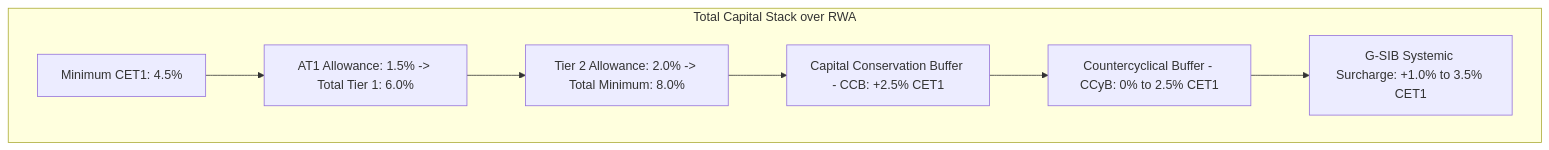
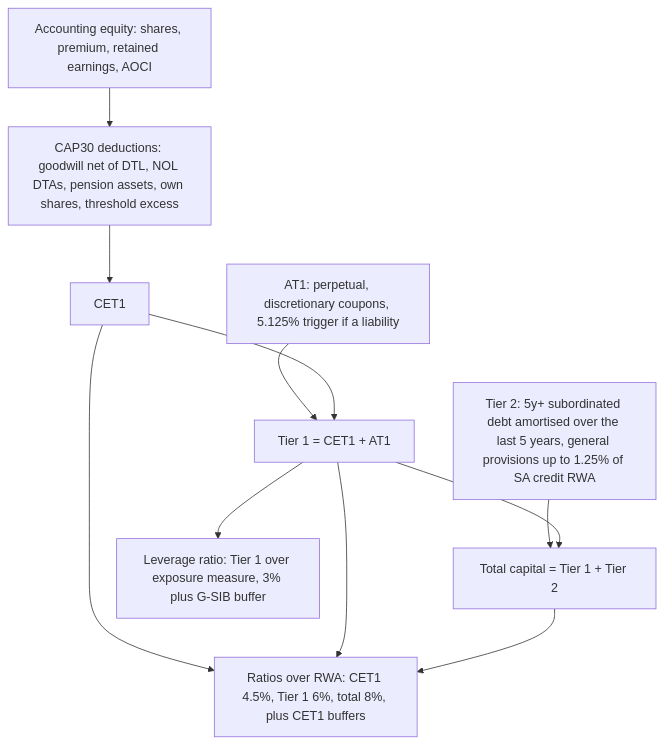
The diagram in 17-Regulatory-Capital-Basel-and-FRTB/01-Capital-RWA-and-the-Basel-Framework.md (shreejitverma/The-Quant-Prep), drawn with Mermaid before and after one commit. The commit also changed other lines of this file and 8 other files, not shown here.

````diff
--- a/17-Regulatory-Capital-Basel-and-FRTB/01-Capital-RWA-and-the-Basel-Framework.md
+++ b/17-Regulatory-Capital-Basel-and-FRTB/01-Capital-RWA-and-the-Basel-Framework.md
@@ -120,12 +54,13 @@
 ```mermaid
-flowchart TD
-  subgraph TotalStack[Total Capital Stack over RWA]
-    B1[Minimum CET1: 4.5%]
-    B2[AT1 Allowance: 1.5% -> Total Tier 1: 6.0%]
-    B3[Tier 2 Allowance: 2.0% -> Total Minimum: 8.0%]
-    B4[Capital Conservation Buffer - CCB: +2.5% CET1]
-    B5[Countercyclical Buffer - CCyB: 0% to 2.5% CET1]
-    B6[G-SIB Systemic Surcharge: +1.0% to 3.5% CET1]
-  end
-  B1 --> B2 --> B3 --> B4 --> B5 --> B6
+flowchart TB
+    A["Accounting equity: shares, premium, retained earnings, AOCI"] --> B["CAP30 deductions: goodwill net of DTL, NOL DTAs, pension assets, own shares, threshold excess"]
+    B --> C["CET1"]
+    D["AT1: perpetual, discretionary coupons, 5.125% trigger if a liability"] --> E["Tier 1 = CET1 + AT1"]
+    C --> E
+    F["Tier 2: 5y+ subordinated debt amortised over the last 5 years, general provisions up to 1.25% of SA credit RWA"] --> G["Total capital = Tier 1 + Tier 2"]
+    E --> G
+    C --> H["Ratios over RWA: CET1 4.5%, Tier 1 6%, total 8%, plus CET1 buffers"]
+    E --> H
+    G --> H
+    E --> I["Leverage ratio: Tier 1 over exposure measure, 3% plus G-SIB buffer"]
 ```
````
